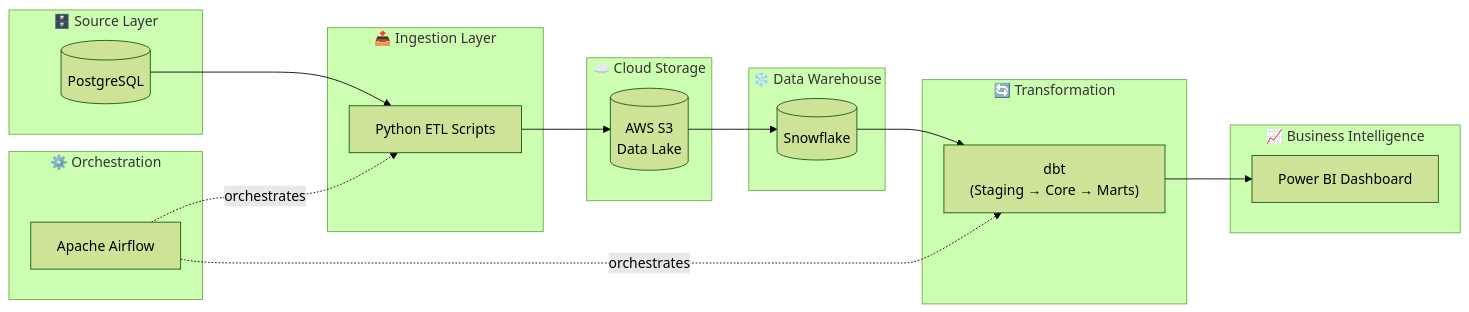
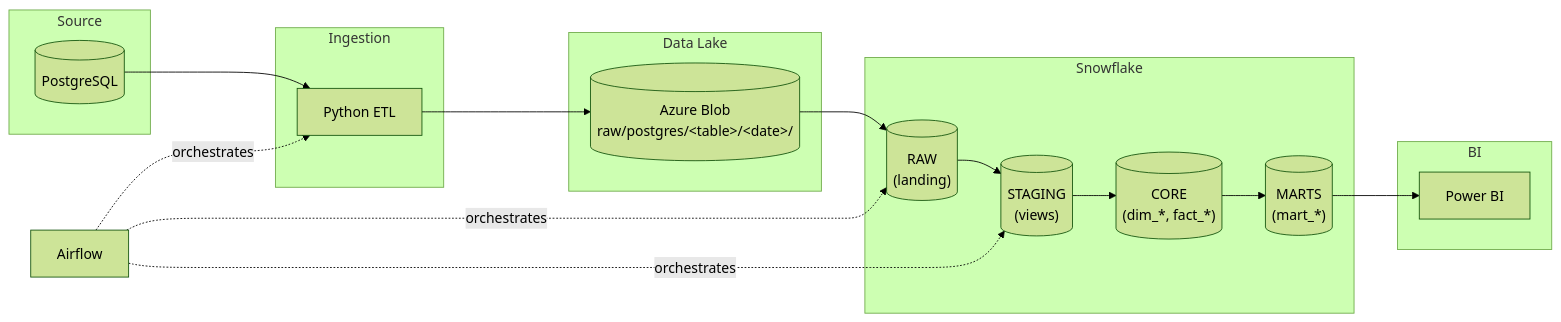
One commit to abdelali-ctrl/shopstream-data-pipeline changed the first of 2 diagrams in README.md. Above: the diagram before and after it, drawn with Mermaid (forest theme). The commit also changed other lines of this file and 38 other files, not shown here.

Commit message:
Updated version, using Azure Blob instead of S3

````diff
--- a/README.md
+++ b/README.md
@@ -19,35 +21,27 @@
 ```mermaid
 flowchart LR
-    subgraph Source["🗄️ Source Layer"]
+    subgraph Source["Source"]
         A[("PostgreSQL")]
     end
-    
-    subgraph Ingestion["📤 Ingestion Layer"]
-        B["Python ETL Scripts"]
+    subgraph Ingestion["Ingestion"]
+        B["Python ETL"]
     end
-    
-    subgraph Storage["☁️ Cloud Storage"]
-        C[("AWS S3\nData Lake")]
+    subgraph Lake["Data Lake"]
+        C[("Azure Blob<br/>raw/postgres/&lt;table&gt;/&lt;date&gt;/")]
     end
-    
-    subgraph Warehouse["❄️ Data Warehouse"]
-        D[("Snowflake")]
+    subgraph DWH["Snowflake"]
+        D1[("RAW<br/>(landing)")]
+        D2[("STAGING<br/>(views)")]
+        D3[("CORE<br/>(dim_*, fact_*)")]
+        D4[("MARTS<br/>(mart_*)")]
     end
-    
-    subgraph Transform["🔄 Transformation"]
-        E["dbt\n(Staging → Core → Marts)"]
+    subgraph BI["BI"]
+        G["Power BI"]
     end
-    
-    subgraph Orchestration["⚙️ Orchestration"]
-        F["Apache Airflow"]
-    end
-    
-    subgraph BI["📈 Business Intelligence"]
-        G["Power BI Dashboard"]
-    end
-    
-    A --> B --> C --> D --> E
+    F["Airflow"]
+
+    A --> B --> C --> D1 --> D2 --> D3 --> D4 --> G
     F -.->|orchestrates| B
-    F -.->|orchestrates| E
-    E --> G
+    F -.->|orchestrates| D1
+    F -.->|orchestrates| D2
 ```
````
